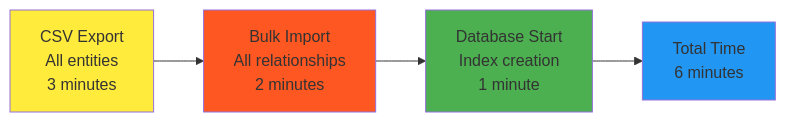
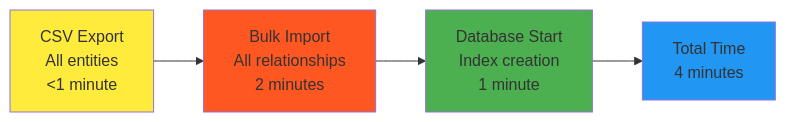
The fifth of 5 diagrams in content/RecpommenderSystems/3data-import-strategies-article.md (RiccardoScott1/articles), drawn with Mermaid before and after one commit. The commit also changed other lines of this file and 4 other files, not shown here.

````diff
--- a/content/RecpommenderSystems/3data-import-strategies-article.md
+++ b/content/RecpommenderSystems/3data-import-strategies-article.md
@@ -281,11 +268,11 @@
 ```mermaid
 graph LR
-    A[CSV Export<br/>All entities<br/>3 minutes] --> B[Bulk Import<br/>All relationships<br/>2 minutes]
+    A[CSV Export<br/>All entities<br/><1 minute] --> B[Bulk Import<br/>All relationships<br/>2 minutes]
     B --> C[Database Start<br/>Index creation<br/>1 minute]  
-    C --> D[Total Time<br/>6 minutes]
+    C --> D[Total Time<br/>4 minutes]
     
     style A fill:#ffeb3b
     style B fill:#ff5722
     style C fill:#4caf50
     style D fill:#2196f3
 ```
````
